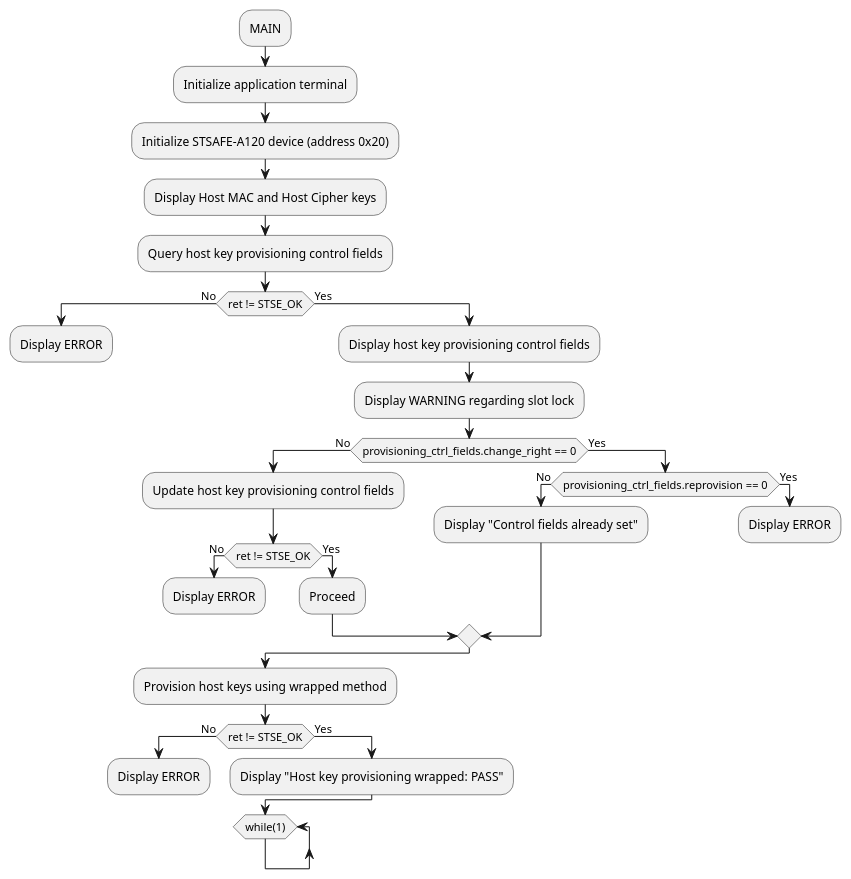
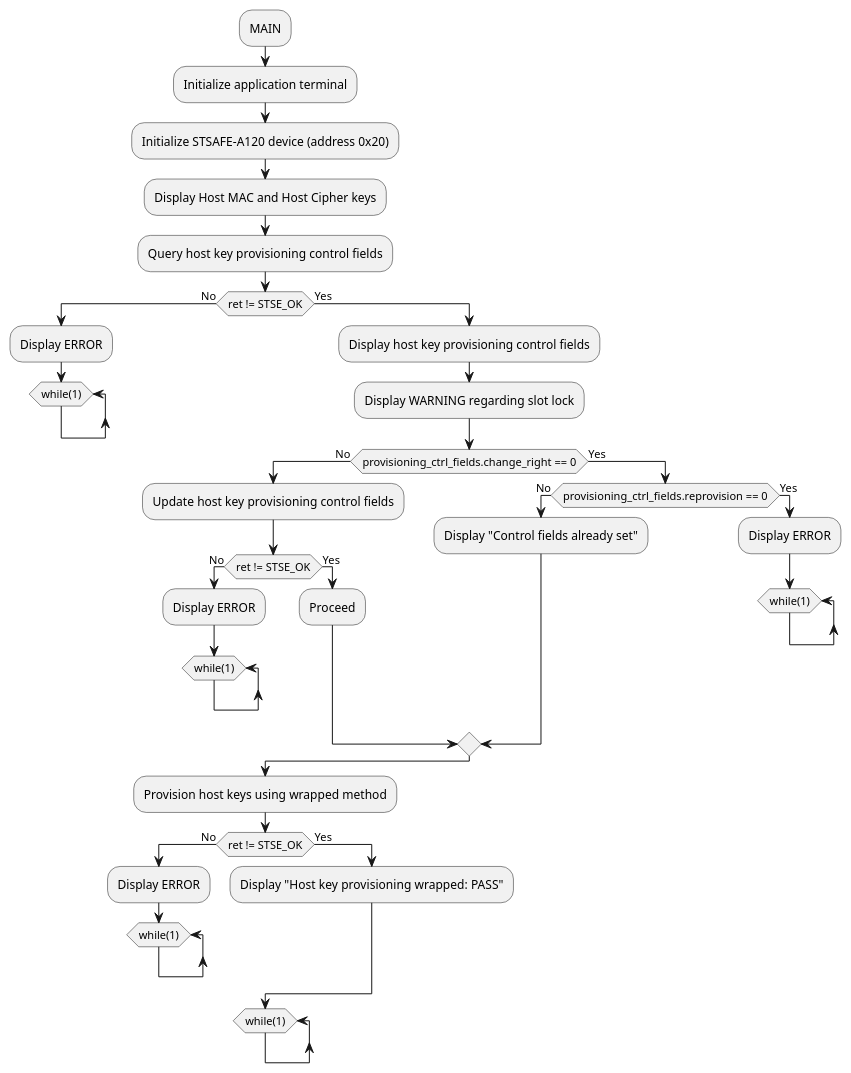
Before and after one commit to Grom-perso/STSAFE-A120_examples_dev: the diagram in Documentation/resources/Markdown/03_Project_examples_description/Host_key_provisioning_wrapped/STSAFE-A120_Host_key_provisioning_wrapped.md, drawn with PlantUML. The commit also changed 54 other files, not shown here.

```diff
--- a/Documentation/resources/Markdown/03_Project_examples_description/Host_key_provisioning_wrapped/STSAFE-A120_Host_key_provisioning_wrapped.md
+++ b/Documentation/resources/Markdown/03_Project_examples_description/Host_key_provisioning_wrapped/STSAFE-A120_Host_key_provisioning_wrapped.md
@@ -11,45 +11,53 @@
-@startuml{STSAFE-A120_Host_key_provisioning_wrapped.png} "STSAFE-A120_Host_key_provisioning_wrapped Example flowchart" width=5cm
+@startuml "STSAFE-A120_Host_key_provisioning_wrapped Example flowchart" width=5cm
 	:MAIN;
 	:Initialize application terminal;
 	:Initialize STSAFE-A120 device (address 0x20);
 	:Display Host MAC and Host Cipher keys;
 	:Query host key provisioning control fields;
 	if(ret != STSE_OK) then (No)
 		:Display ERROR;
+		while (while(1))
+		end while
 		-[hidden]->
 		detach
 	else (Yes)
 		:Display host key provisioning control fields;
 		:Display WARNING regarding slot lock;
 		if(provisioning_ctrl_fields.change_right == 0) then (No)
 			:Update host key provisioning control fields;
 			if(ret != STSE_OK) then (No)
 				:Display ERROR;
+				while (while(1))
+				end while
 				-[hidden]->
 				detach
 			else (Yes)
 				:Proceed;
 			endif
 		else (Yes)
 			if(provisioning_ctrl_fields.reprovision == 0) then (No)
 				:Display "Control fields already set";
 			else (Yes)
 				:Display ERROR;
+				while (while(1))
+				end while
 				-[hidden]->
 				detach
 			endif
 		endif
 	endif
 	:Provision host keys using wrapped method;
 	if(ret != STSE_OK) then (No)
 		:Display ERROR;
+		while (while(1))
+		end while
 		-[hidden]->
 		detach
 	else (Yes)
 		:Display "Host key provisioning wrapped: PASS";
 	endif
 	while (while(1))
 	end while
 	-[hidden]->
 	detach
 @enduml
```
